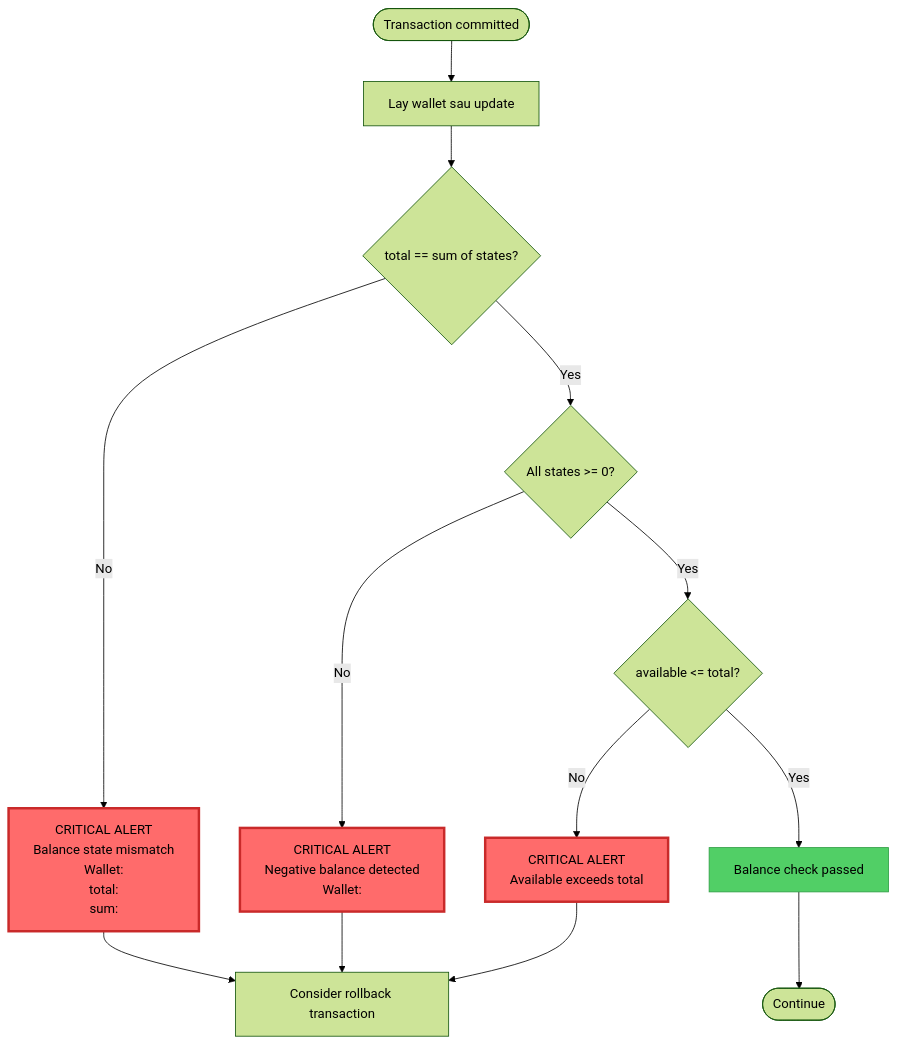
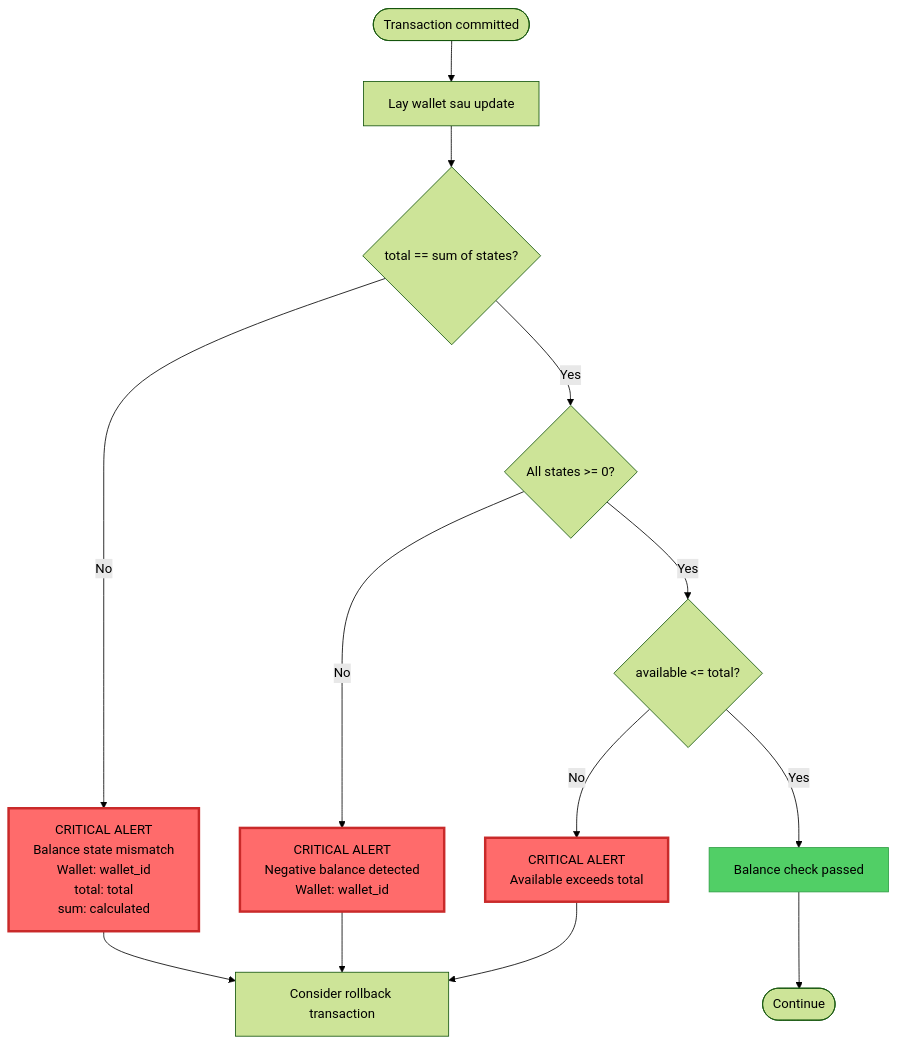
One commit to anhnguyen123312/ShopMMO changed diagram 18 of 20 in mmo-api/docs/v2/05-wallet-v2-platform-wallet-flows.md. Above: the diagram before and after it, drawn with Mermaid (forest theme). The commit also changed other lines of this file, not shown here.

````diff
--- a/mmo-api/docs/v2/05-wallet-v2-platform-wallet-flows.md
+++ b/mmo-api/docs/v2/05-wallet-v2-platform-wallet-flows.md
@@ -1290,23 +1242,23 @@
 ```mermaid
 flowchart TD
     Start([Transaction committed])
 
     Start --> GetWallet[Lay wallet sau update]
     GetWallet --> Check1{total == sum of states?}
-    Check1 -->|No| Alert1[ CRITICAL ALERT<br/>Balance state mismatch<br/>Wallet: <wallet_id><br/>total: <total><br/>sum: <calculated>]
+    Check1 -->|No| Alert1[CRITICAL ALERT<br>Balance state mismatch<br>Wallet: wallet_id<br>total: total<br>sum: calculated]
     Check1 -->|Yes| Check2{All states >= 0?}
-    Check2 -->|No| Alert2[ CRITICAL ALERT<br/>Negative balance detected<br/>Wallet: <wallet_id>]
+    Check2 -->|No| Alert2[CRITICAL ALERT<br>Negative balance detected<br>Wallet: wallet_id]
     Check2 -->|Yes| Check3{available <= total?}
-    Check3 -->|No| Alert3[ CRITICAL ALERT<br/>Available exceeds total]
-    Check3 -->|Yes| Pass[ Balance check passed]
+    Check3 -->|No| Alert3[CRITICAL ALERT<br>Available exceeds total]
+    Check3 -->|Yes| Pass[Balance check passed]
 
     Alert1 --> RollbackConsider[Consider rollback transaction]
     Alert2 --> RollbackConsider
     Alert3 --> RollbackConsider
     Pass --> Continue([Continue])
 
     style Alert1 fill:#ff6b6b,stroke:#c92a2a,stroke-width:3px
     style Alert2 fill:#ff6b6b,stroke:#c92a2a,stroke-width:3px
     style Alert3 fill:#ff6b6b,stroke:#c92a2a,stroke-width:3px
     style Pass fill:#51cf66,stroke:#2f9e44
 ```
````
